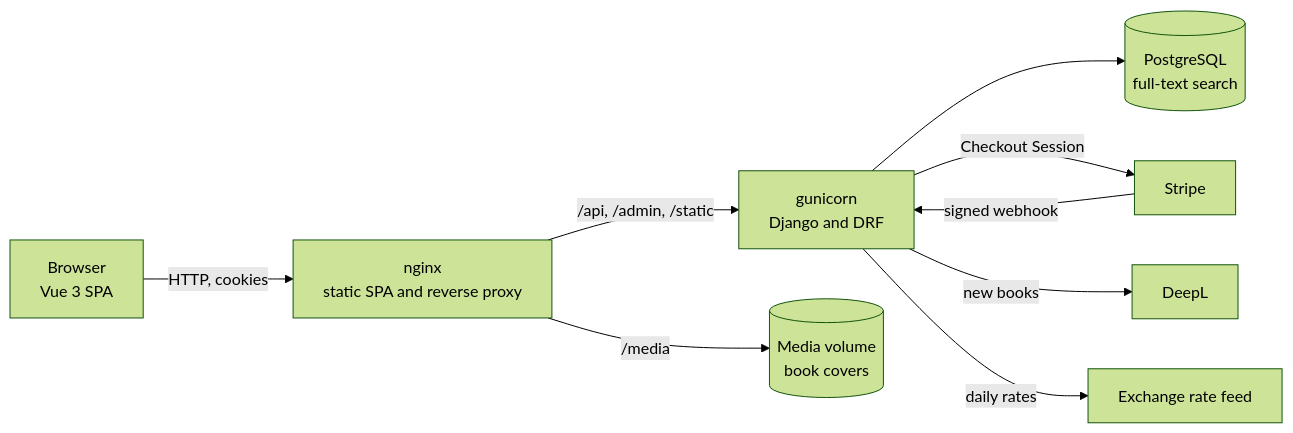
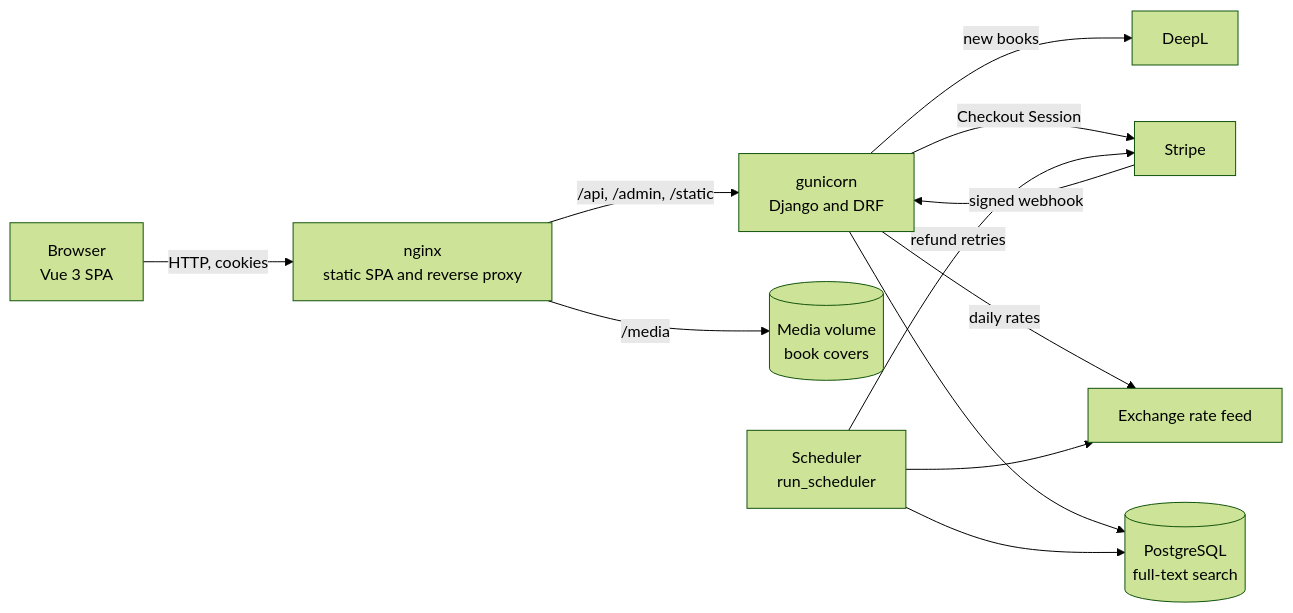
One commit to DogNellaf/verso-bookshop changed the diagram in README.md. Above: the diagram before and after it, drawn with Mermaid (forest theme). The commit also changed other lines of this file and 3 other files, not shown here.

````diff
--- a/README.md
+++ b/README.md
@@ -155,11 +167,14 @@
 ```mermaid
 flowchart LR
     U[Browser<br/>Vue 3 SPA] -->|HTTP, cookies| N[nginx<br/>static SPA and reverse proxy]
     N -->|/api, /admin, /static| G[gunicorn<br/>Django and DRF]
     N -->|/media| M[(Media volume<br/>book covers)]
     G --> P[(PostgreSQL<br/>full-text search)]
     G -->|Checkout Session| S[Stripe]
     S -->|signed webhook| G
     G -->|new books| D[DeepL]
     G -->|daily rates| R[Exchange rate feed]
+    C[Scheduler<br/>run_scheduler] --> P
+    C --> R
+    C -->|refund retries| S
 ```
````
